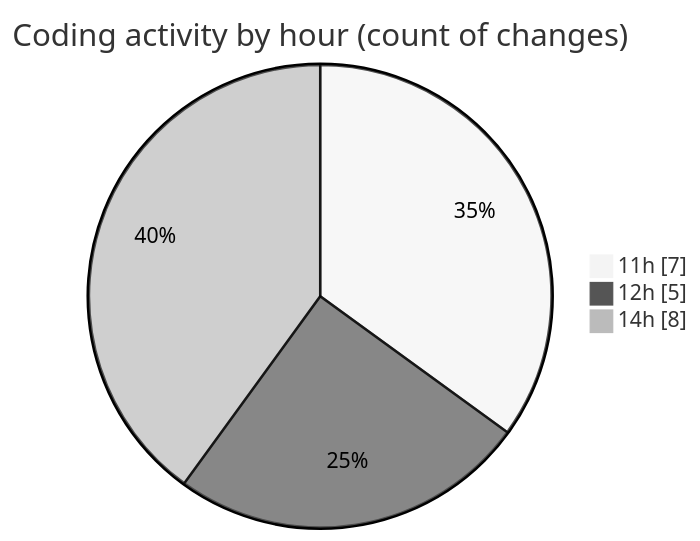
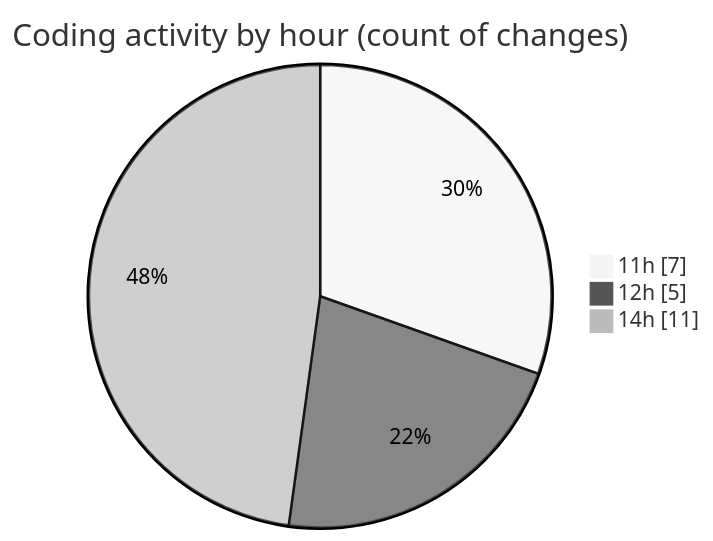
The second of 2 diagrams in 2025-10-22/untitled__workspace_/README.md (debugP/code-tracking), drawn with Mermaid (neutral theme) before and after one commit. The commit also changed other lines of this file and 1 other file, not shown here.

````diff
--- a/2025-10-22/untitled__workspace_/README.md
+++ b/2025-10-22/untitled__workspace_/README.md
@@ -28,7 +28,7 @@
 ```mermaid
 pie showData
 title Coding activity by hour (count of changes)
 "11h" : 7
 "12h" : 5
-"14h" : 8
+"14h" : 11
 ```
````
